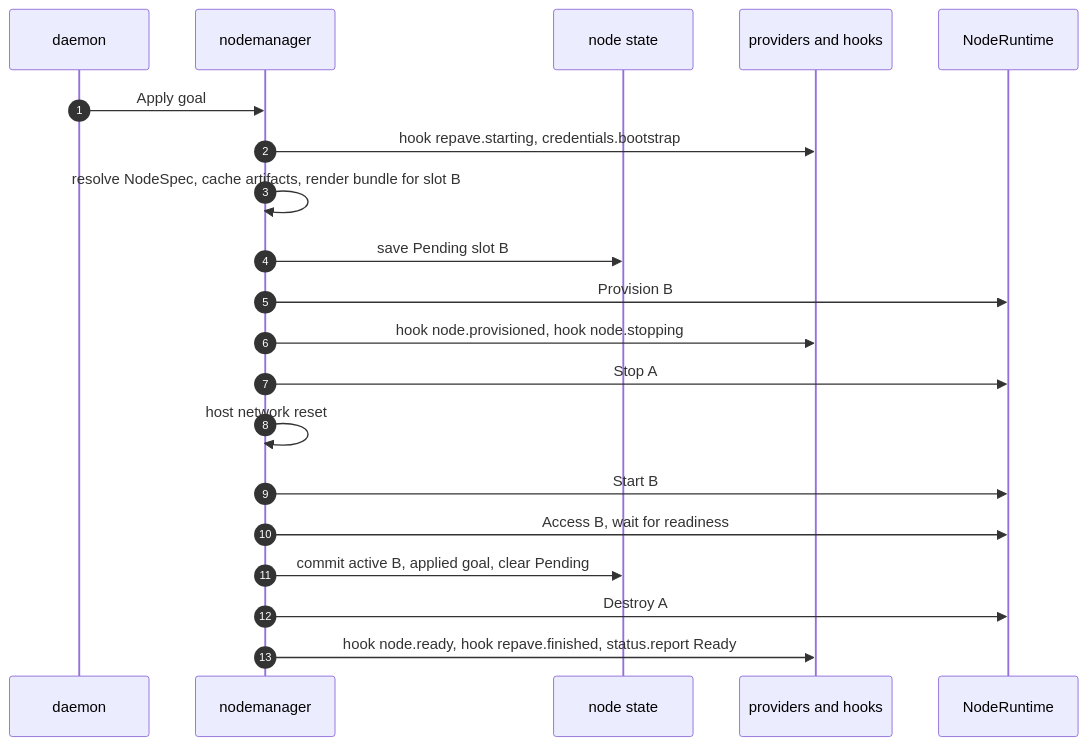
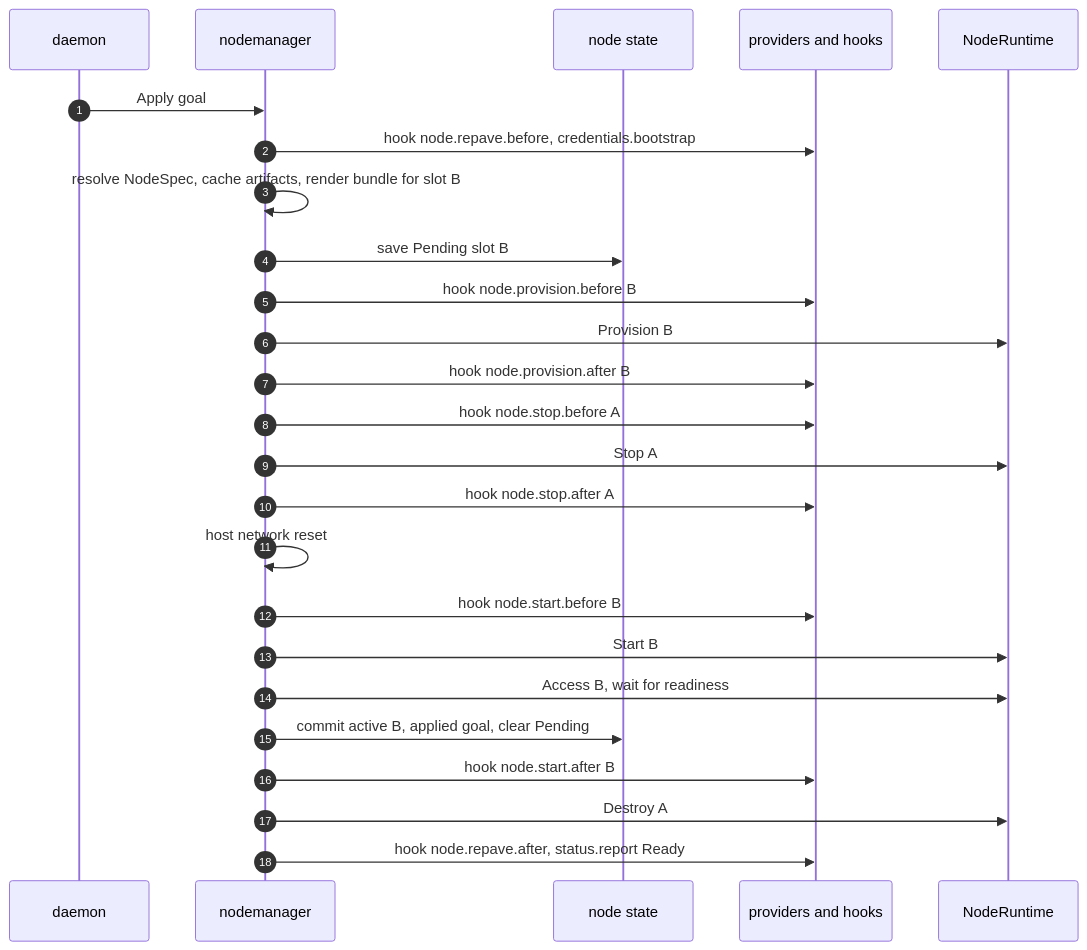
The sixth of 13 diagrams in designs/agent-v2.md (Azure/unbounded), drawn with Mermaid before and after one commit. The commit also changed other lines of this file, not shown here.

First line of the commit message:
designs: rename agent v2 lifecycle events to <subject>.<state>.<before|after>

````diff
--- a/designs/agent-v2.md
+++ b/designs/agent-v2.md
@@ -1020,22 +1085,27 @@
 ```mermaid
 sequenceDiagram
   autonumber
   participant D as daemon
   participant NM as nodemanager
   participant St as node state
   participant Px as providers and hooks
   participant RT as NodeRuntime
   D->>NM: Apply goal
-  NM->>Px: hook repave.starting, credentials.bootstrap
+  NM->>Px: hook node.repave.before, credentials.bootstrap
   NM->>NM: resolve NodeSpec, cache artifacts, render bundle for slot B
   NM->>St: save Pending slot B
+  NM->>Px: hook node.provision.before B
   NM->>RT: Provision B
-  NM->>Px: hook node.provisioned, hook node.stopping
+  NM->>Px: hook node.provision.after B
+  NM->>Px: hook node.stop.before A
   NM->>RT: Stop A
+  NM->>Px: hook node.stop.after A
   NM->>NM: host network reset
+  NM->>Px: hook node.start.before B
   NM->>RT: Start B
   NM->>RT: Access B, wait for readiness
   NM->>St: commit active B, applied goal, clear Pending
+  NM->>Px: hook node.start.after B
   NM->>RT: Destroy A
-  NM->>Px: hook node.ready, hook repave.finished, status.report Ready
+  NM->>Px: hook node.repave.after, status.report Ready
 ```
````
